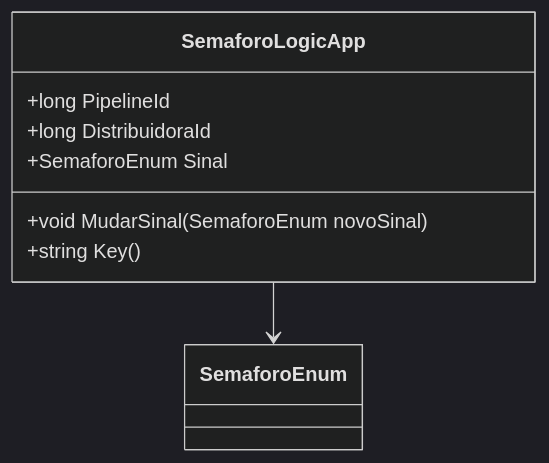
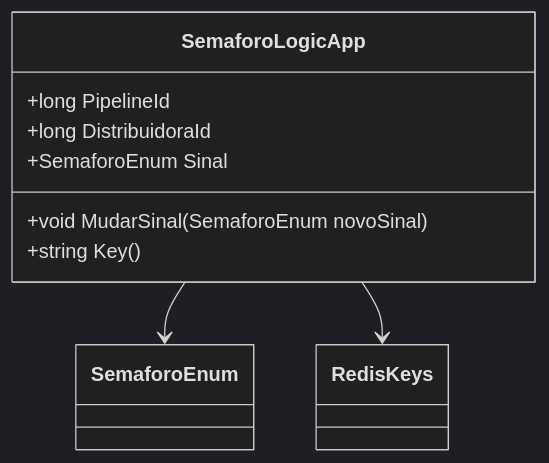
Before and after one commit to IsthmusSistemas/documentacao-tecnica: the second of 2 diagrams in docs/b2b-dominio/IsthmusWinthor.Nucleo/IsthmusWinthor.Dominio/POCO/SemaforoLogicApp.md, drawn with Mermaid (dark theme). The commit also changed other lines of this file and 882 other files, not shown here.

````diff
--- a/docs/b2b-dominio/IsthmusWinthor.Nucleo/IsthmusWinthor.Dominio/POCO/SemaforoLogicApp.md
+++ b/docs/b2b-dominio/IsthmusWinthor.Nucleo/IsthmusWinthor.Dominio/POCO/SemaforoLogicApp.md
@@ -34,11 +42,12 @@
 ```mermaid
 classDiagram
     class SemaforoLogicApp {
         +long PipelineId
         +long DistribuidoraId
         +SemaforoEnum Sinal
         +void MudarSinal(SemaforoEnum novoSinal)
         +string Key()
     }
     SemaforoLogicApp --> SemaforoEnum
+    SemaforoLogicApp --> RedisKeys
 ```
````
